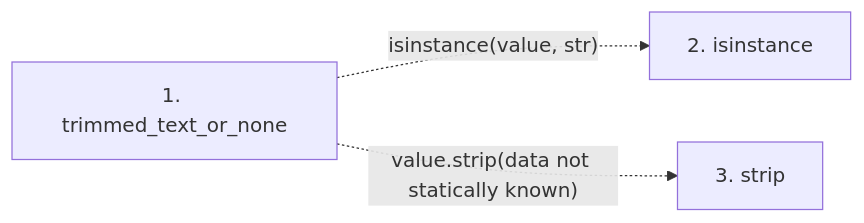
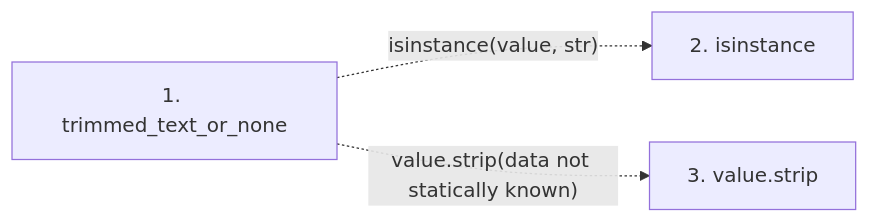
The second of 2 diagrams in docs/llm_wiki/flows/api-trimmed_text_or_none.md (Denissvgn/python-wiki-llm), drawn with Mermaid before and after one commit. The commit also changed other lines of this file and 719 other files, not shown here.

````diff
--- a/docs/llm_wiki/flows/api-trimmed_text_or_none.md
+++ b/docs/llm_wiki/flows/api-trimmed_text_or_none.md
@@ -22,9 +22,9 @@
 ```mermaid
 flowchart LR
     s1["1. trimmed_text_or_none"]
     s2["2. isinstance"]
-    s3["3. strip"]
+    s3["3. value.strip"]
     s1 -. "isinstance(value, str)" .-> s2
     s1 -. "value.strip(data not statically known)" .-> s3
     click s1 "../modules/validation.md"
 ```
````
